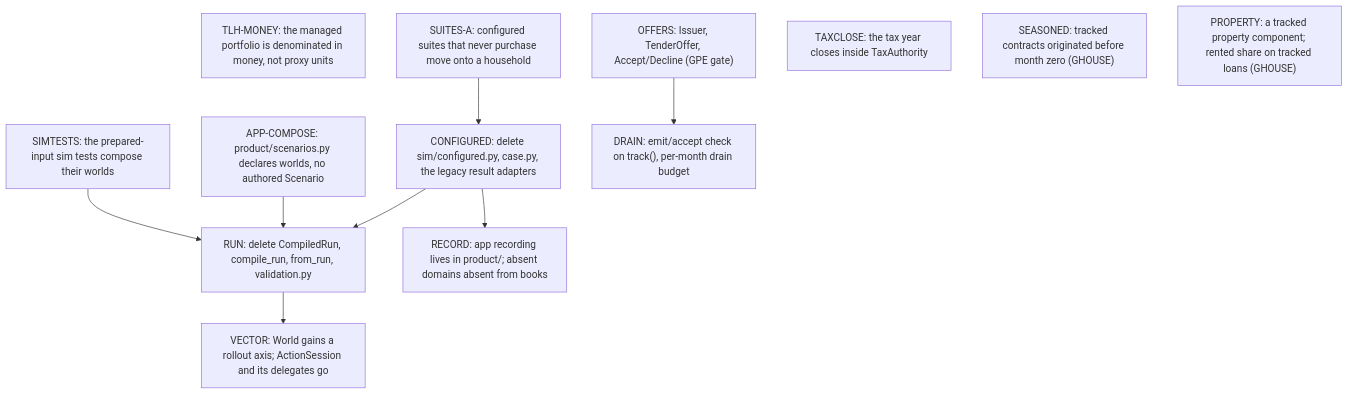
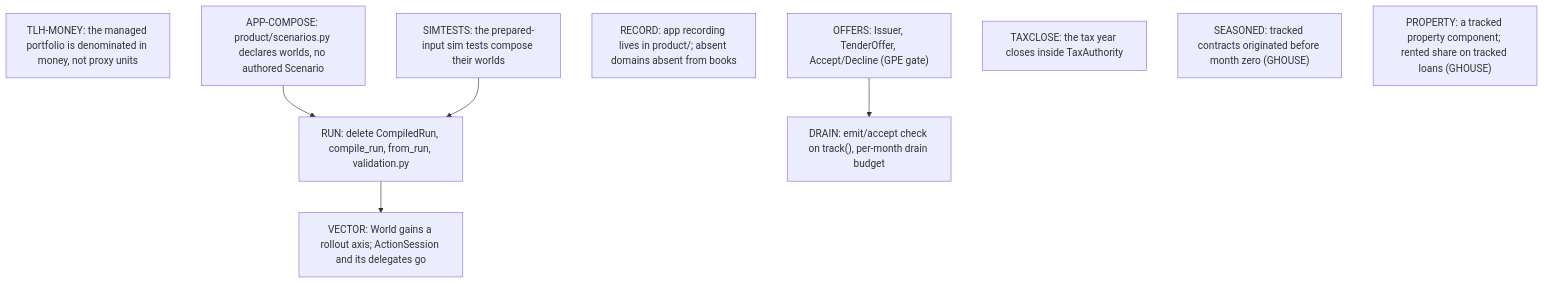
Before and after one commit to agentydragon/ducktape: the diagram in finance/augur/plans/library_design_gates.md, drawn with Mermaid. The commit also changed other lines of this file and 17 other files, not shown here.

First line of the commit message:
augur: delete the configured runner

````diff
--- a/finance/augur/plans/library_design_gates.md
+++ b/finance/augur/plans/library_design_gates.md
@@ -250,23 +247,18 @@
 ```mermaid
 graph TD
     TLH_MONEY["TLH-MONEY: the managed portfolio is denominated in money, not proxy units"]
-    SUITES_NOBUY["SUITES-A: configured suites that never purchase move onto a household"]
-    CONFIGURED_GONE["CONFIGURED: delete sim/configured.py, case.py, the legacy result adapters"]
     APP_COMPOSE["APP-COMPOSE: product/scenarios.py declares worlds, no authored Scenario"]
     SIMTESTS["SIMTESTS: the prepared-input sim tests compose their worlds"]
     RUN_GONE["RUN: delete CompiledRun, compile_run, from_run, validation.py"]
     RECORD["RECORD: app recording lives in product/; absent domains absent from books"]
     OFFERS["OFFERS: Issuer, TenderOffer, Accept/Decline (GPE gate)"]
     DRAIN["DRAIN: emit/accept check on track(), per-month drain budget"]
     TAXCLOSE["TAXCLOSE: the tax year closes inside TaxAuthority"]
     SEASONED["SEASONED: tracked contracts originated before month zero (GHOUSE)"]
     PROPERTY["PROPERTY: a tracked property component; rented share on tracked loans (GHOUSE)"]
     VECTOR["VECTOR: World gains a rollout axis; ActionSession and its delegates go"]
-    SUITES_NOBUY --> CONFIGURED_GONE
-    CONFIGURED_GONE --> RUN_GONE
     APP_COMPOSE --> RUN_GONE
     SIMTESTS --> RUN_GONE
-    CONFIGURED_GONE --> RECORD
     OFFERS --> DRAIN
     RUN_GONE --> VECTOR
 ```
````
